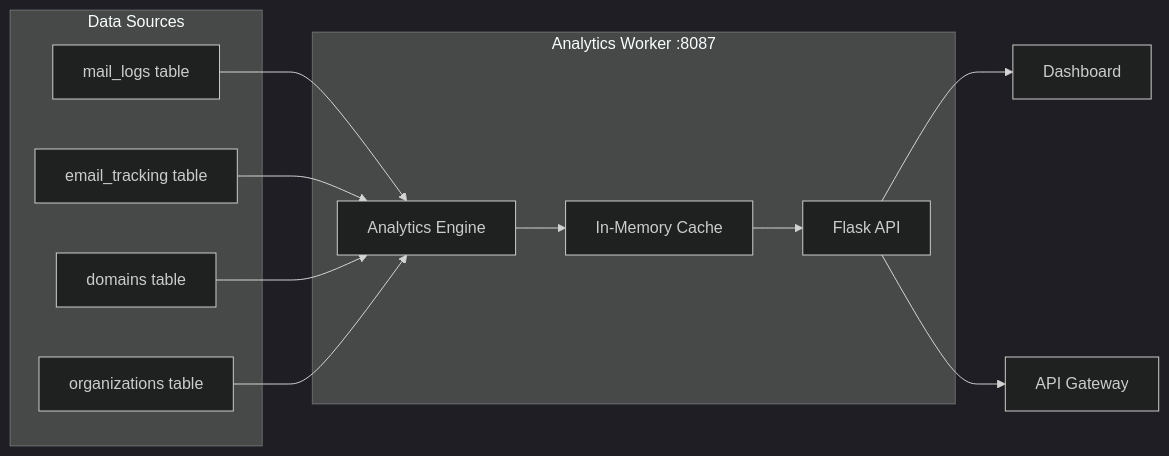
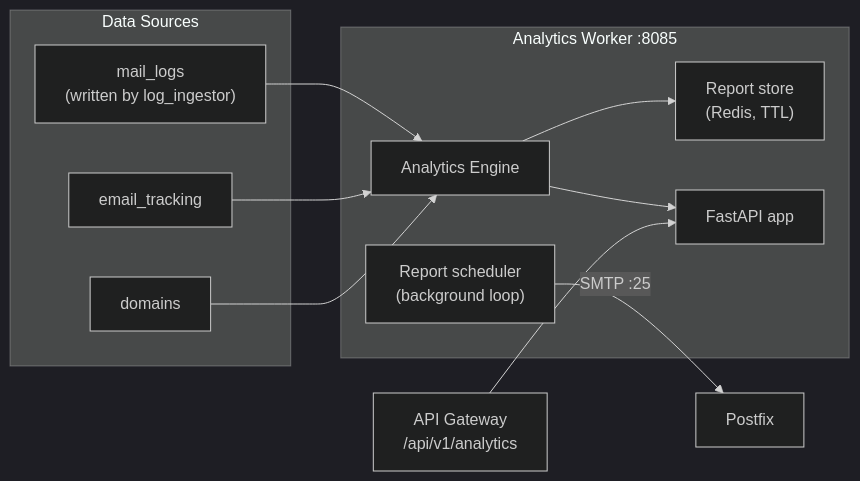
Before and after one commit to Techies-Africa/mailyte-mail-server-community: the diagram in docs/worker/analytics.md, drawn with Mermaid (dark theme). The commit also changed other lines of this file and 481 other files, not shown here.

````diff
--- a/docs/worker/analytics.md
+++ b/docs/worker/analytics.md
@@ -20,26 +16,23 @@
 ```mermaid
 flowchart LR
     subgraph Data["Data Sources"]
-        MailLogs["mail_logs table"]
-        Tracking["email_tracking table"]
-        Domains["domains table"]
-        Orgs["organizations table"]
+        MailLogs["mail_logs\n(written by log_ingestor)"]
+        Tracking["email_tracking"]
+        Domains["domains"]
     end
 
-    subgraph Analytics["Analytics Worker :8087"]
+    subgraph Analytics["Analytics Worker :8085"]
         Engine["Analytics Engine"]
-        Cache["In-Memory Cache"]
-        API["Flask API"]
+        Reports["Report store\n(Redis, TTL)"]
+        Sched["Report scheduler\n(background loop)"]
+        API["FastAPI app"]
     end
 
     MailLogs --> Engine
     Tracking --> Engine
     Domains --> Engine
-    Orgs --> Engine
-
-    Engine --> Cache
-    Cache --> API
-
-    API --> Dashboard["Dashboard"]
-    API --> APIGateway["API Gateway"]
+    Engine --> API
+    Engine --> Reports
+    Sched -->|"SMTP :25"| Postfix["Postfix"]
+    APIGateway["API Gateway\n/api/v1/analytics"] --> API
 ```
````
